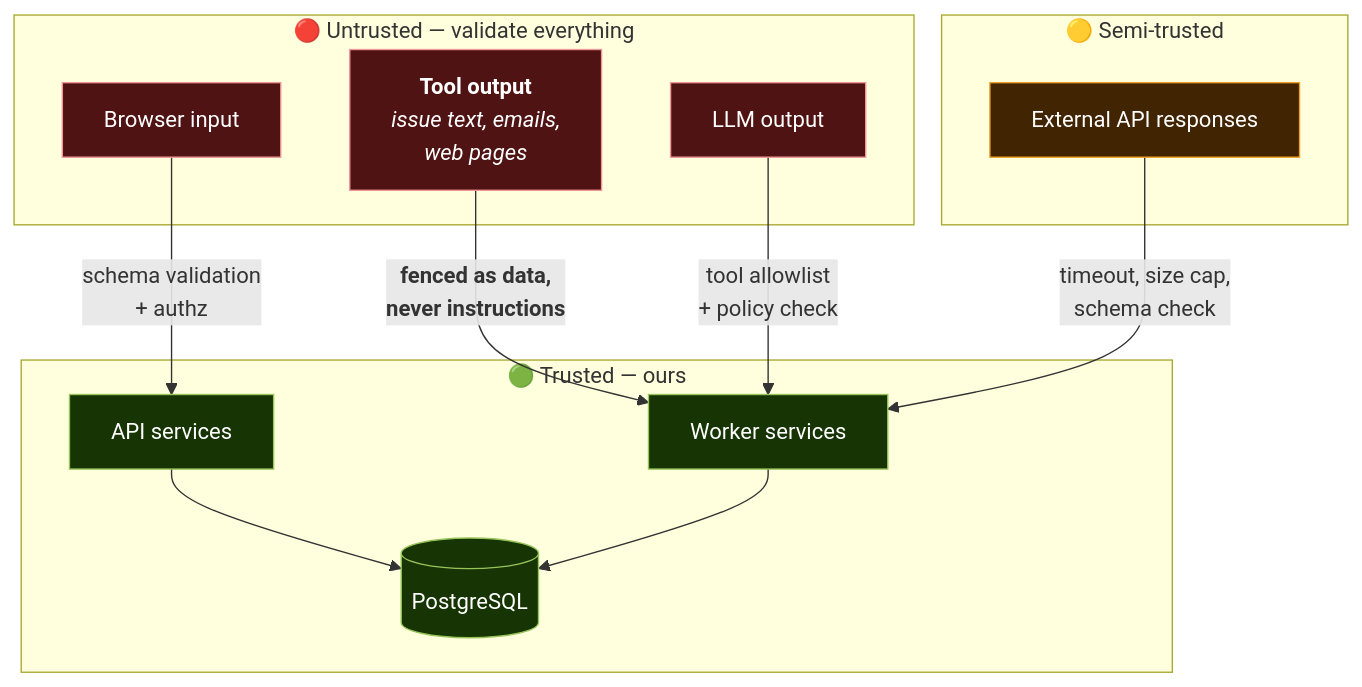
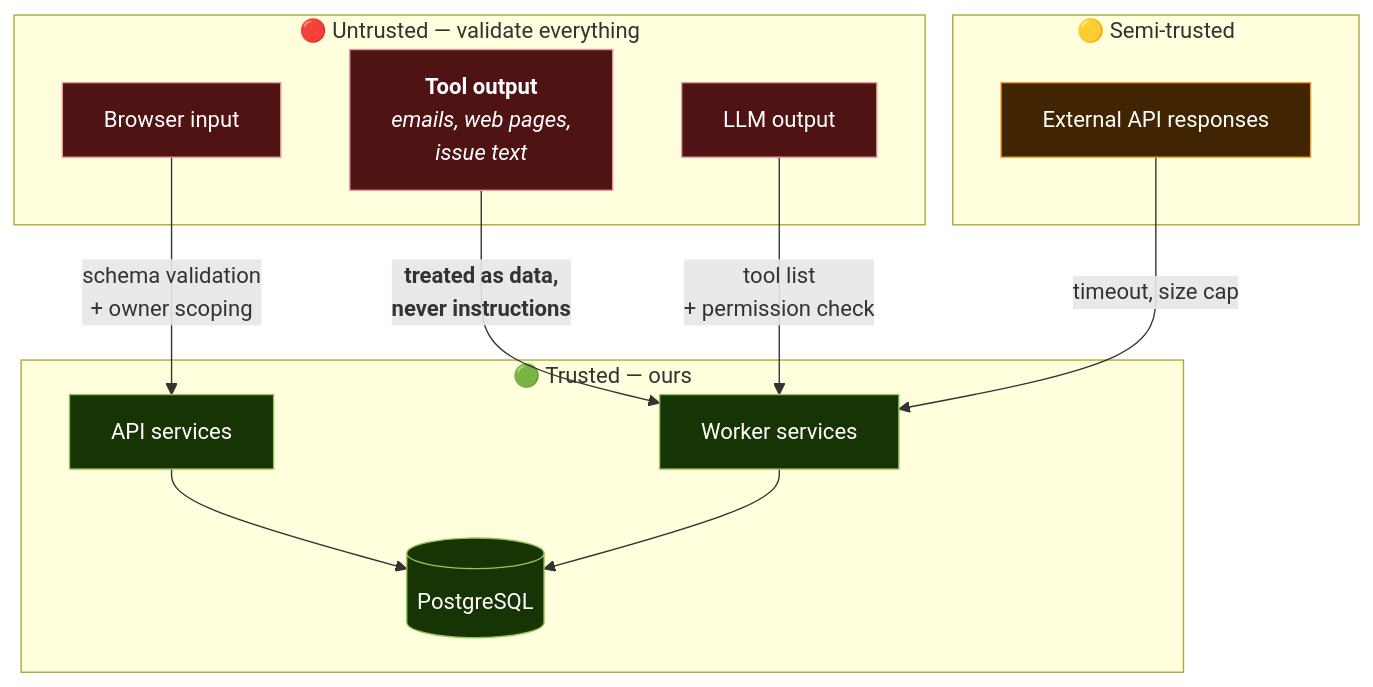
Before and after one commit to dharaneechinnu/ai-employee-platform: diagram 11 of 12 in docs/HLD.md, drawn with Mermaid. The commit also changed other lines of this file and 7 other files, not shown here.

````diff
--- a/docs/HLD.md
+++ b/docs/HLD.md
@@ -786,32 +625,32 @@
 ```mermaid
 graph TB
     subgraph untrusted["🔴 Untrusted — validate everything"]
         BROWSER["Browser input"]
-        TOOLOUT["<b>Tool output</b><br/><i>issue text, emails,<br/>web pages</i>"]
+        TOOLOUT["<b>Tool output</b><br/><i>emails, web pages,<br/>issue text</i>"]
         LLMOUT["LLM output"]
     end
 
     subgraph semi["🟡 Semi-trusted"]
         EXTAPI["External API responses"]
     end
 
     subgraph trusted["🟢 Trusted — ours"]
         APISVC["API services"]
         WRKSVC["Worker services"]
         DBT[("PostgreSQL")]
     end
 
-    BROWSER -->|"schema validation<br/>+ authz"| APISVC
-    TOOLOUT -->|"<b>fenced as data,<br/>never instructions</b>"| WRKSVC
-    LLMOUT -->|"tool allowlist<br/>+ policy check"| WRKSVC
-    EXTAPI -->|"timeout, size cap,<br/>schema check"| WRKSVC
+    BROWSER -->|"schema validation<br/>+ owner scoping"| APISVC
+    TOOLOUT -->|"<b>treated as data,<br/>never instructions</b>"| WRKSVC
+    LLMOUT -->|"tool list<br/>+ permission check"| WRKSVC
+    EXTAPI -->|"timeout, size cap"| WRKSVC
     APISVC --> DBT
     WRKSVC --> DBT
 
     classDef u fill:#501313,stroke:#F09595,color:#fff
     classDef s fill:#412402,stroke:#EF9F27,color:#fff
     classDef t fill:#173404,stroke:#97C459,color:#fff
     class BROWSER,TOOLOUT,LLMOUT u
     class EXTAPI s
     class APISVC,WRKSVC,DBT t
 ```
````
